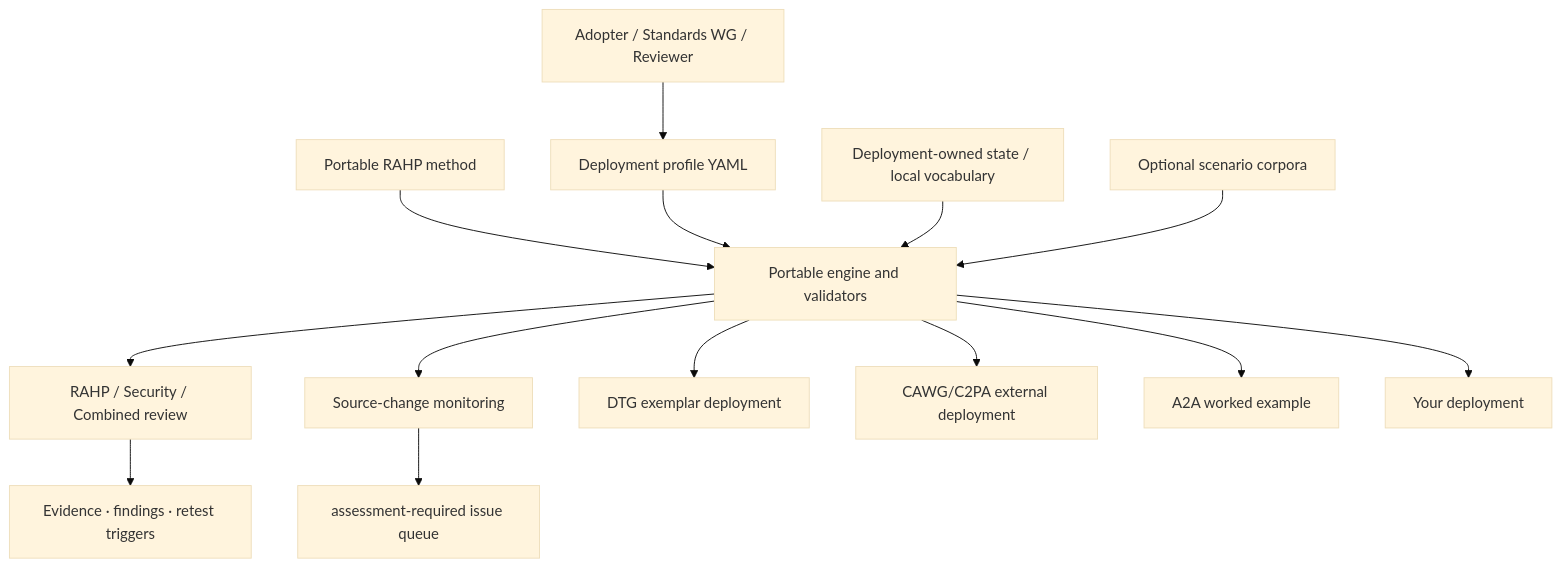
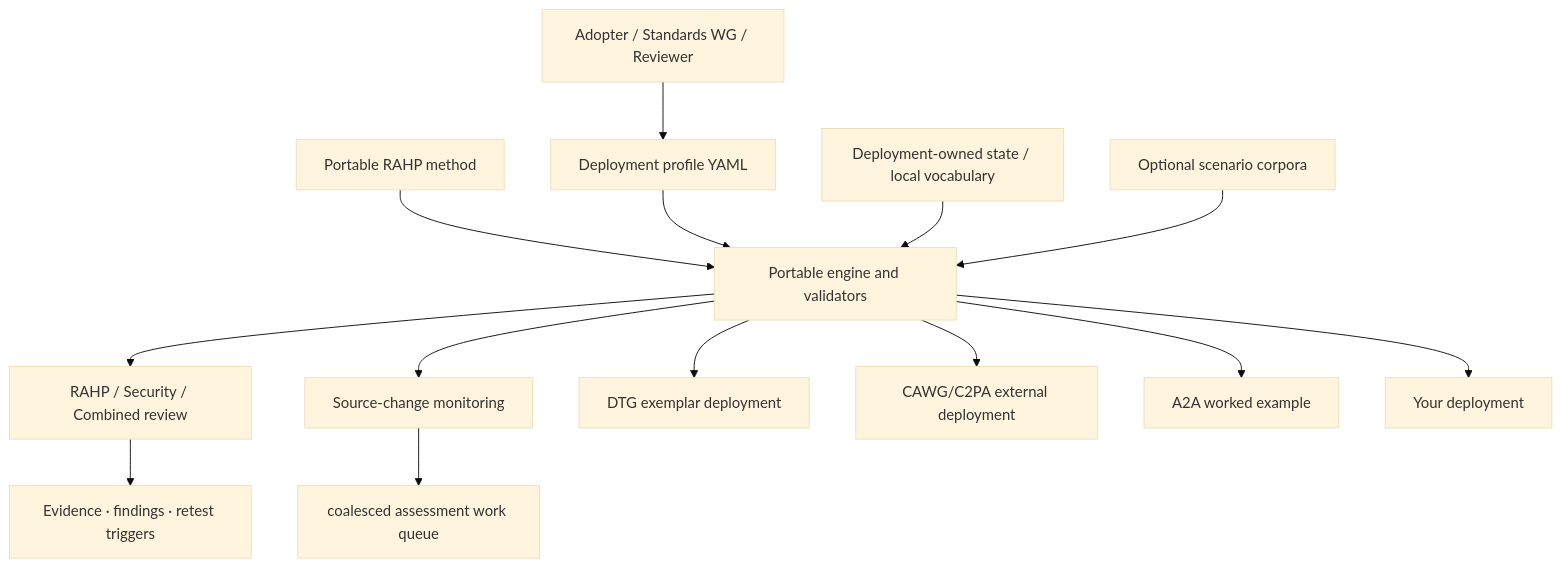
The diagram in README.md (sankarshanmukhopadhyay/dtgwg-rahp-tf), drawn with Mermaid (base theme) before and after one commit. The commit also changed other lines of this file and 19 other files, not shown here.

First line of the commit message:
feat(assurance): consolidate assessment queue for v0.7.1

````diff
--- a/README.md
+++ b/README.md
@@ -29,17 +29,17 @@
 ```mermaid
 flowchart TB
   A[Adopter / Standards WG / Reviewer] --> P[Deployment profile YAML]
   M[Portable RAHP method] --> E[Portable engine and validators]
   P --> E
   I[Deployment-owned state / local vocabulary] --> E
   C[Optional scenario corpora] --> E
   E --> R[RAHP / Security / Combined review]
   R --> O[Evidence · findings · retest triggers]
   E --> W[Source-change monitoring]
-  W --> Q[assessment-required issue queue]
+  W --> Q[coalesced assessment work queue]
 
   E --> D1[DTG exemplar deployment]
   E --> D2[CAWG/C2PA external deployment]
   E --> D3[A2A worked example]
   E --> D4[Your deployment]
 ```
````
